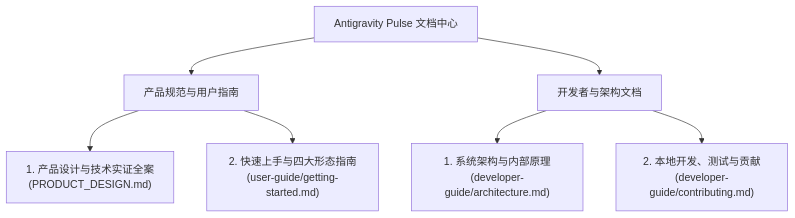
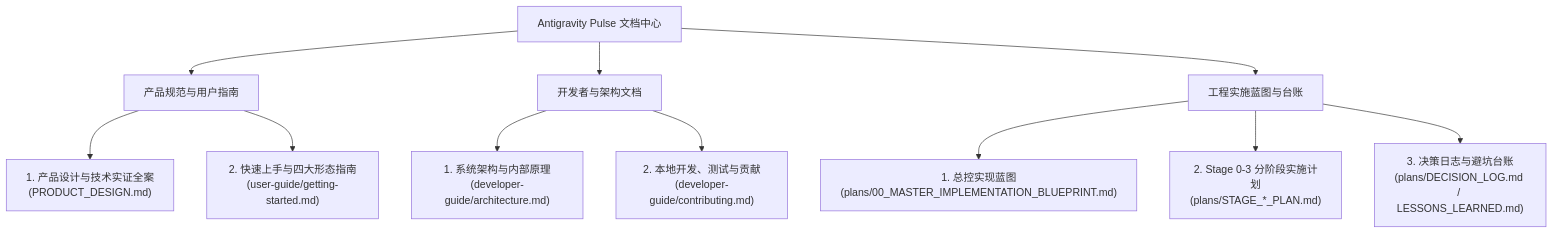
One commit to springtian1982/antigravity-pulse changed the diagram in docs/README.md. Above: the diagram before and after it, drawn with Mermaid. The commit also changed other lines of this file and 12 other files, not shown here.

Commit message:
docs(plans): complete stage 0-3 implementation plans and repo context governance

````diff
--- a/docs/README.md
+++ b/docs/README.md
@@ -5,12 +5,17 @@
 ```mermaid
 flowchart TD
   Hub["Antigravity Pulse 文档中心"]
   Hub --> Product["产品规范与用户指南"]
   Hub --> Devs["开发者与架构文档"]
+  Hub --> Plans["工程实施蓝图与台账"]
 
   Product --> P1["1. 产品设计与技术实证全案<br/>(PRODUCT_DESIGN.md)"]
   Product --> U1["2. 快速上手与四大形态指南<br/>(user-guide/getting-started.md)"]
 
   Devs --> D1["1. 系统架构与内部原理<br/>(developer-guide/architecture.md)"]
   Devs --> D2["2. 本地开发、测试与贡献<br/>(developer-guide/contributing.md)"]
+
+  Plans --> PL1["1. 总控实现蓝图<br/>(plans/00_MASTER_IMPLEMENTATION_BLUEPRINT.md)"]
+  Plans --> PL2["2. Stage 0-3 分阶段实施计划<br/>(plans/STAGE_*_PLAN.md)"]
+  Plans --> PL3["3. 决策日志与避坑台账<br/>(plans/DECISION_LOG.md / LESSONS_LEARNED.md)"]
 ```
````
